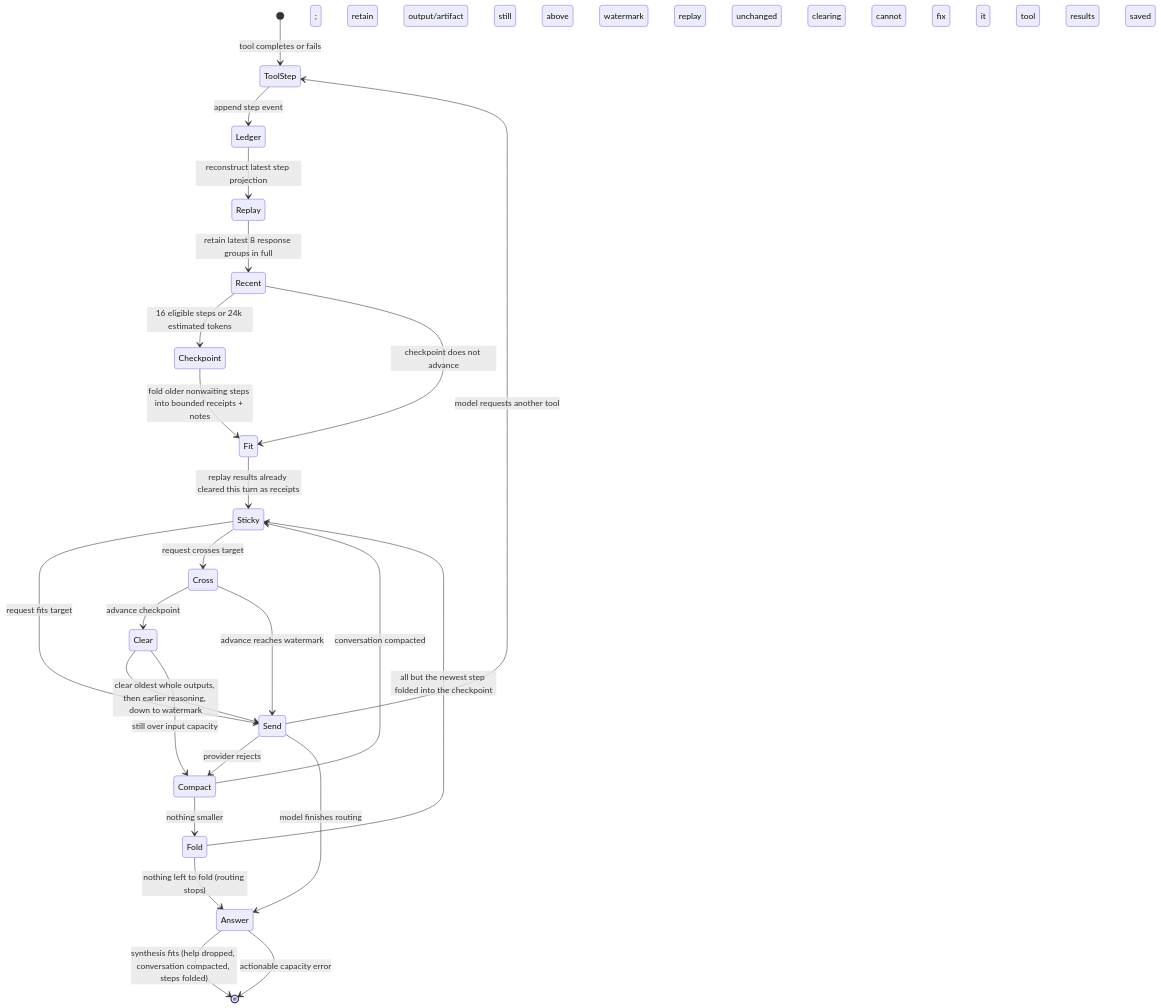
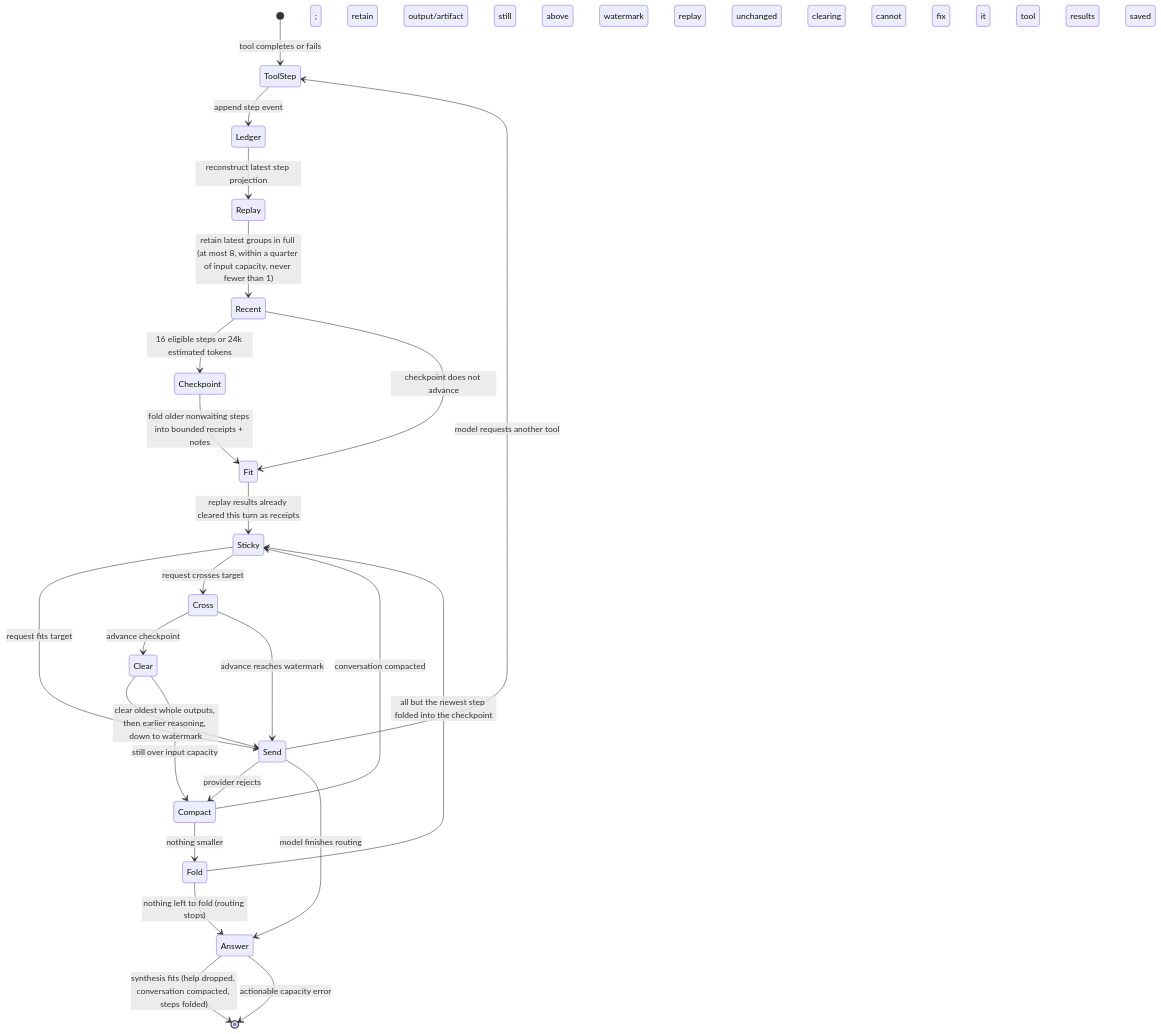
Before and after one commit to berylliumsec/nebula: the second of 2 diagrams in docs/design/assistant-context-state-machine.md, drawn with Mermaid. The commit also changed 6 other files, not shown here.

First line of the commit message:
Bound a turn's recent tool window by tokens as well as response groups

````diff
--- a/docs/design/assistant-context-state-machine.md
+++ b/docs/design/assistant-context-state-machine.md
@@ -58,26 +58,26 @@
 ```mermaid
 stateDiagram-v2
     [*] --> ToolStep: tool completes or fails
     ToolStep --> Ledger: append step event; retain output/artifact
     Ledger --> Replay: reconstruct latest step projection
-    Replay --> Recent: retain latest 8 response groups in full
+    Replay --> Recent: retain latest groups in full (at most 8, within a quarter of input capacity, never fewer than 1)
     Recent --> Checkpoint: 16 eligible steps or 24k estimated tokens
     Recent --> Fit: checkpoint does not advance
     Checkpoint --> Fit: fold older nonwaiting steps into bounded receipts + notes
     Fit --> Sticky: replay results already cleared this turn as receipts
     Sticky --> Send: request fits target
     Sticky --> Cross: request crosses target
     Cross --> Clear: advance checkpoint; still above watermark
     Cross --> Send: advance reaches watermark
     Clear --> Send: clear oldest whole outputs, then earlier reasoning, down to watermark
     Clear --> Compact: still over input capacity
     Compact --> Sticky: conversation compacted; replay unchanged
     Compact --> Fold: nothing smaller
     Fold --> Sticky: all but the newest step folded into the checkpoint
     Fold --> Answer: nothing left to fold (routing stops)
     Send --> Compact: provider rejects; clearing cannot fix it
     Send --> ToolStep: model requests another tool
     Send --> Answer: model finishes routing
     Answer --> [*]: synthesis fits (help dropped, conversation compacted, steps folded)
     Answer --> [*]: actionable capacity error; tool results saved
 ```
````
